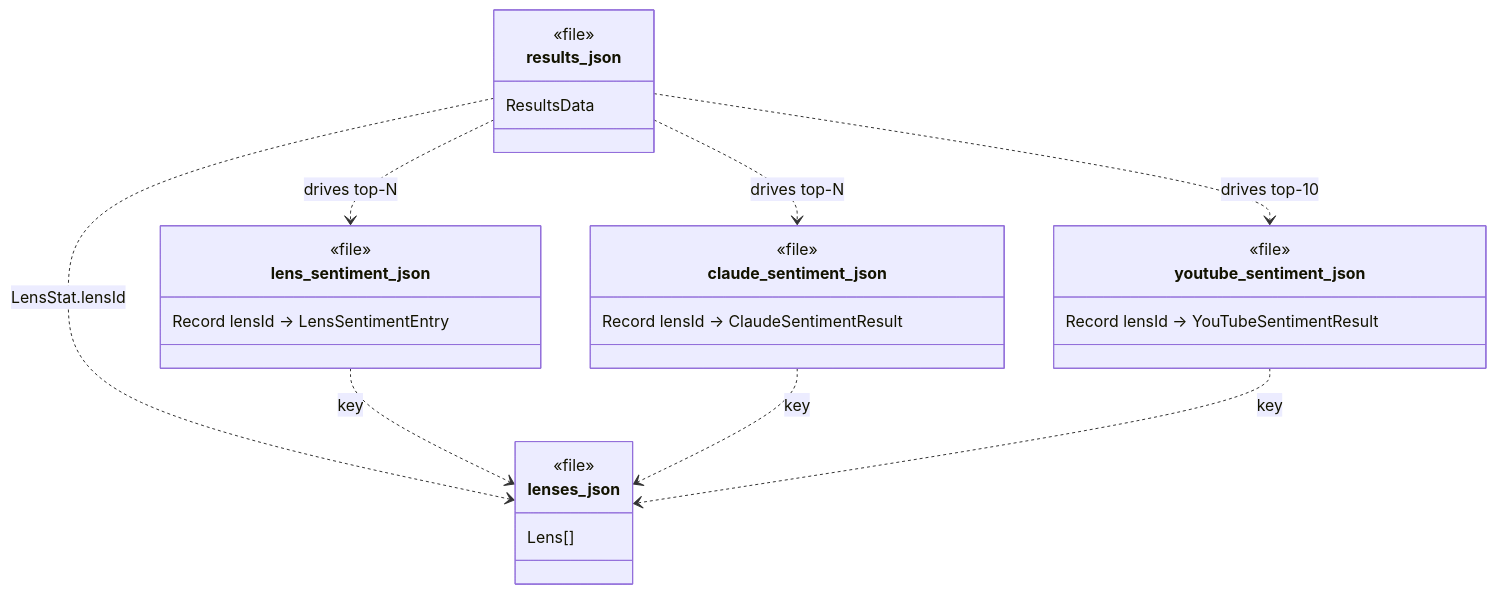
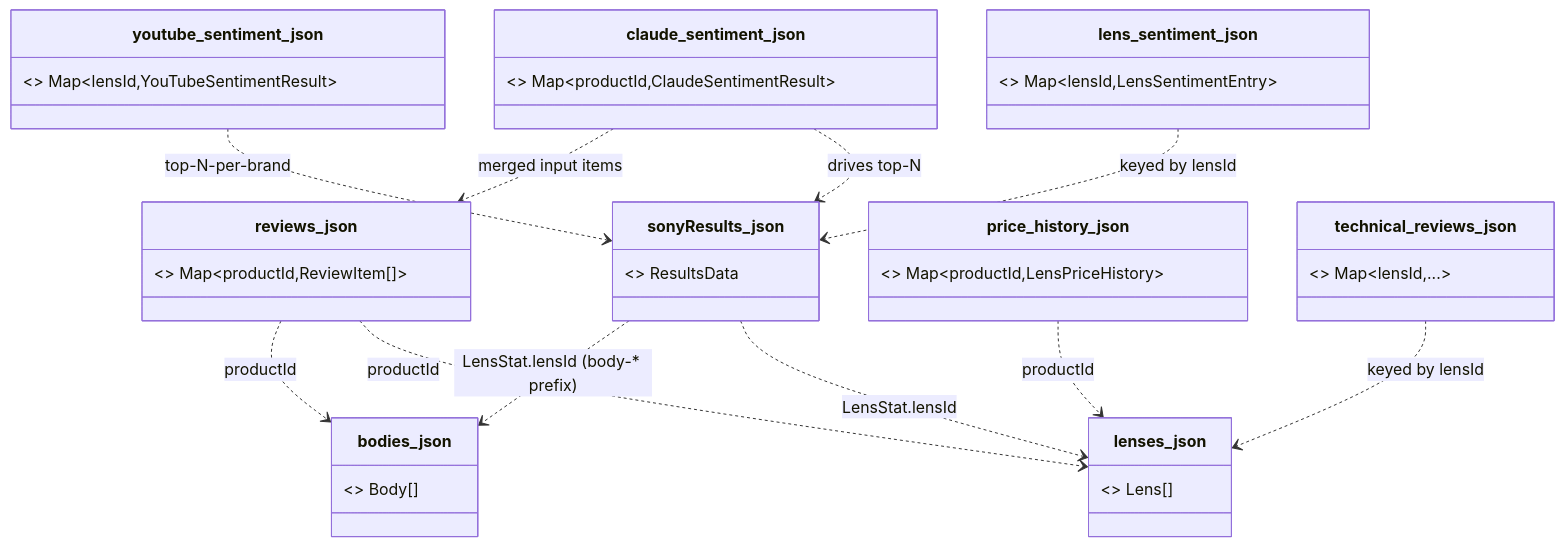
Diagram 12 of 12 in docs/DATA_MODELS.md (kcflip/lenslook), drawn with Mermaid before and after one commit. The commit also changed other lines of this file and 78 other files, not shown here.

````diff
--- a/docs/DATA_MODELS.md
+++ b/docs/DATA_MODELS.md
@@ -244,31 +449,23 @@
 ```mermaid
 classDiagram
-    class lenses_json {
-        <<file>>
-        Lens[]
-    }
-    class results_json {
-        <<file>>
-        ResultsData
-    }
-    class lens_sentiment_json {
-        <<file>>
-        Record lensId -> LensSentimentEntry
-    }
-    class claude_sentiment_json {
-        <<file>>
-        Record lensId -> ClaudeSentimentResult
-    }
-    class youtube_sentiment_json {
-        <<file>>
-        Record lensId -> YouTubeSentimentResult
-    }
+    class lenses_json { <<file>> Lens[] }
+    class bodies_json { <<file>> Body[] }
+    class sonyResults_json { <<file>> ResultsData }
+    class lens_sentiment_json { <<file>> Map~lensId,LensSentimentEntry~ }
+    class claude_sentiment_json { <<file>> Map~productId,ClaudeSentimentResult~ }
+    class youtube_sentiment_json { <<file>> Map~lensId,YouTubeSentimentResult~ }
+    class reviews_json { <<file>> Map~productId,ReviewItem[]~ }
+    class price_history_json { <<file>> Map~productId,LensPriceHistory~ }
+    class technical_reviews_json { <<file>> Map~lensId,...~ }
 
-    results_json ..> lenses_json : LensStat.lensId
-    lens_sentiment_json ..> lenses_json : key
-    claude_sentiment_json ..> lenses_json : key
-    youtube_sentiment_json ..> lenses_json : key
-    results_json ..> lens_sentiment_json : drives top-N
-    results_json ..> claude_sentiment_json : drives top-N
-    results_json ..> youtube_sentiment_json : drives top-10
+    sonyResults_json ..> lenses_json : LensStat.lensId
+    sonyResults_json ..> bodies_json : LensStat.lensId (body-* prefix)
+    lens_sentiment_json ..> sonyResults_json : keyed by lensId
+    claude_sentiment_json ..> sonyResults_json : drives top-N
+    claude_sentiment_json ..> reviews_json : merged input items
+    youtube_sentiment_json ..> sonyResults_json : top-N-per-brand
+    reviews_json ..> lenses_json : productId
+    reviews_json ..> bodies_json : productId
+    price_history_json ..> lenses_json : productId
+    technical_reviews_json ..> lenses_json : keyed by lensId
 ```
````
